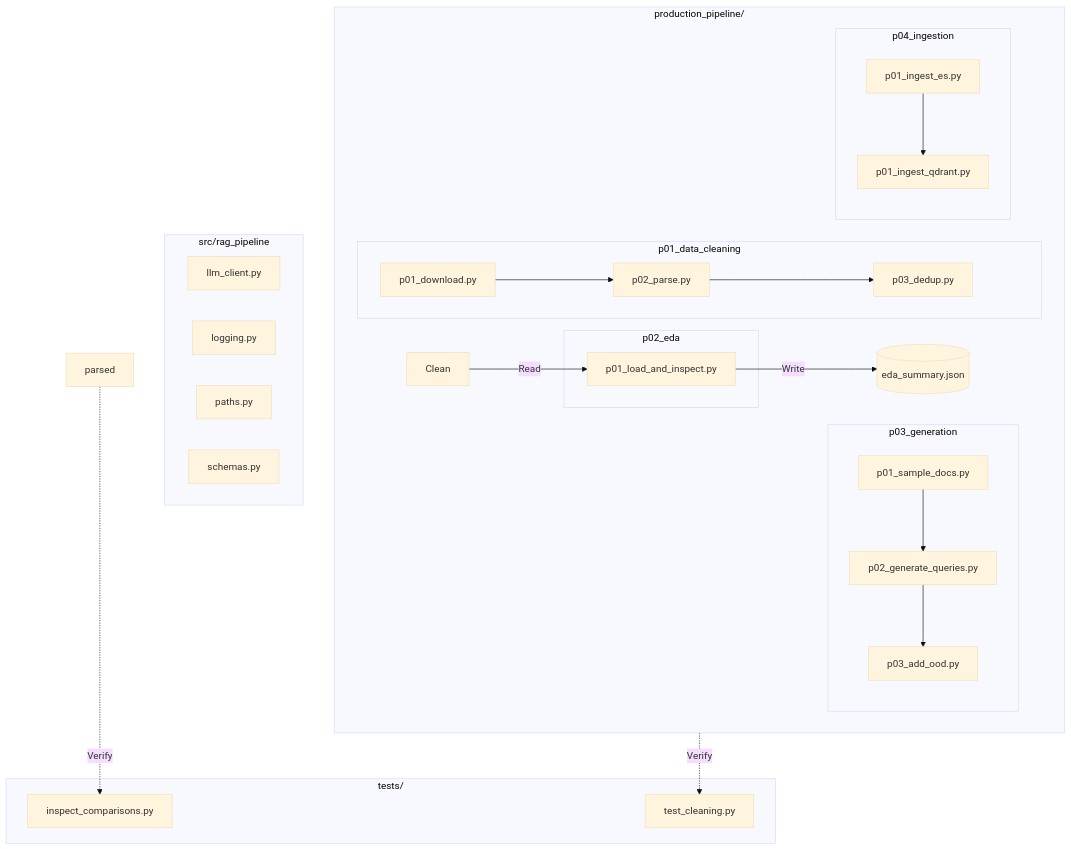
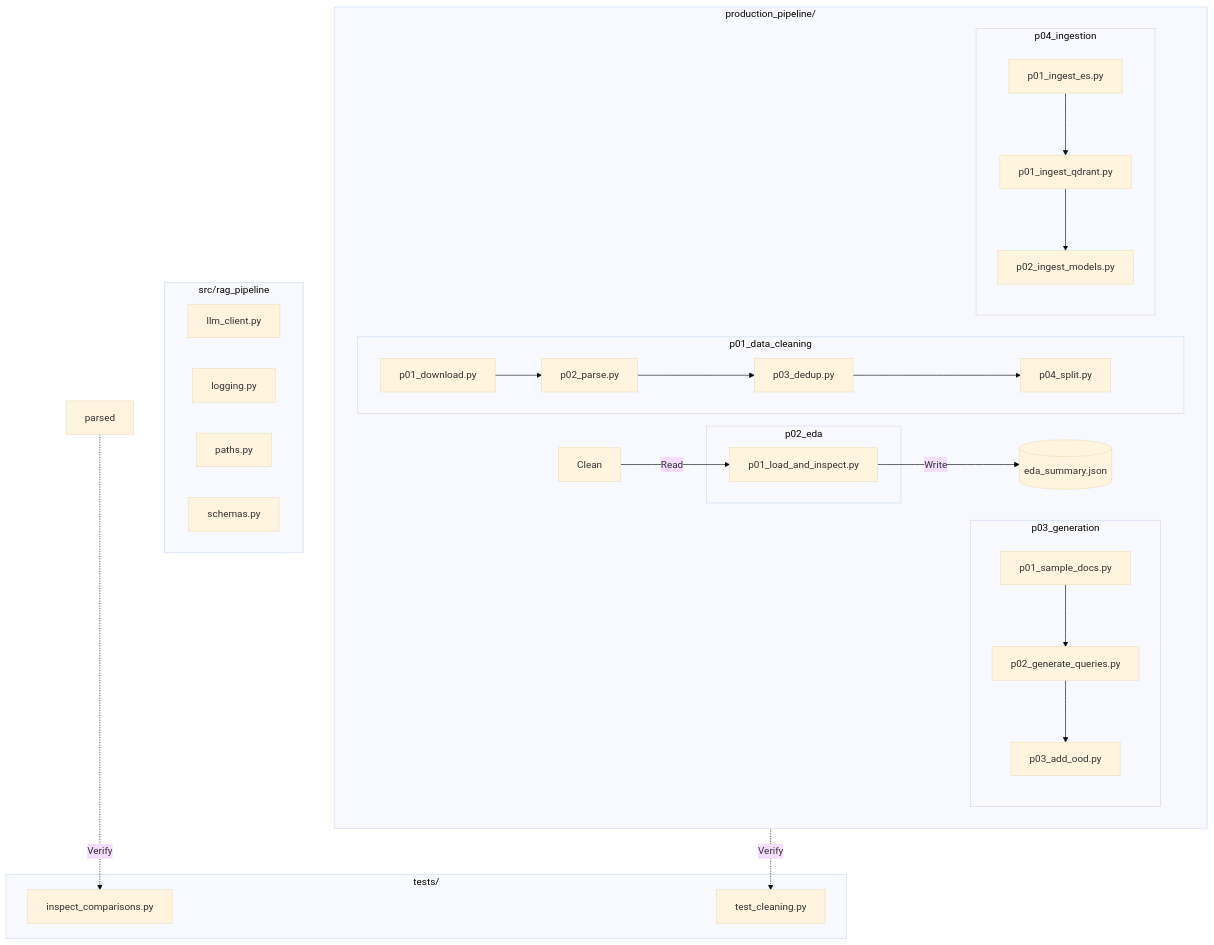
Before and after one commit to fbarulli/RAG: the diagram in pipeline_diagram.md, drawn with Mermaid (base theme). The commit also changed 9 other files, not shown here.

````diff
--- a/pipeline_diagram.md
+++ b/pipeline_diagram.md
@@ -1,42 +1,46 @@
 ```mermaid
 flowchart TD
     subgraph Core[src/rag_pipeline]
     llm_client[llm_client.py]
     logging[logging.py]
     paths[paths.py]
     schemas[schemas.py]
     end
     subgraph Stages[production_pipeline/]
         direction LR
         subgraph p01_data_cleaning[p01_data_cleaning]
         p01_data_cleaning_p01_download[p01_download.py]
         p01_data_cleaning_p02_parse[p02_parse.py]
         p01_data_cleaning_p01_download --> p01_data_cleaning_p02_parse
         p01_data_cleaning_p03_dedup[p03_dedup.py]
         p01_data_cleaning_p02_parse --> p01_data_cleaning_p03_dedup
+        p01_data_cleaning_p04_split[p04_split.py]
+        p01_data_cleaning_p03_dedup --> p01_data_cleaning_p04_split
         end
         subgraph p02_eda[p02_eda]
         p02_eda_p01_load_and_inspect[p01_load_and_inspect.py]
         end
         Clean -->|Read| p02_eda_p01_load_and_inspect
         p02_eda_p01_load_and_inspect -->|Write| Summary[(eda_summary.json)]
         subgraph p03_generation[p03_generation]
         p03_generation_p01_sample_docs[p01_sample_docs.py]
         p03_generation_p02_generate_queries[p02_generate_queries.py]
         p03_generation_p01_sample_docs --> p03_generation_p02_generate_queries
         p03_generation_p03_add_ood[p03_add_ood.py]
         p03_generation_p02_generate_queries --> p03_generation_p03_add_ood
         end
         subgraph p04_ingestion[p04_ingestion]
         p04_ingestion_p01_ingest_es[p01_ingest_es.py]
         p04_ingestion_p01_ingest_qdrant[p01_ingest_qdrant.py]
         p04_ingestion_p01_ingest_es --> p04_ingestion_p01_ingest_qdrant
+        p04_ingestion_p02_ingest_models[p02_ingest_models.py]
+        p04_ingestion_p01_ingest_qdrant --> p04_ingestion_p02_ingest_models
         end
     end
     subgraph Tests[tests/]
     inspect_comparisons[inspect_comparisons.py]
     test_cleaning[test_cleaning.py]
     end
     p01_data_cleaning_p02_parse -.->|Verify| test_cleaning
     parsed -.->|Verify| inspect_comparisons
 ```
````
